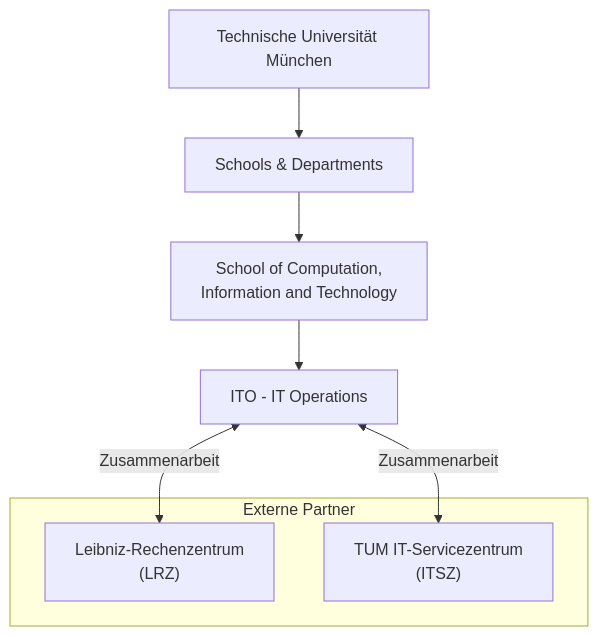
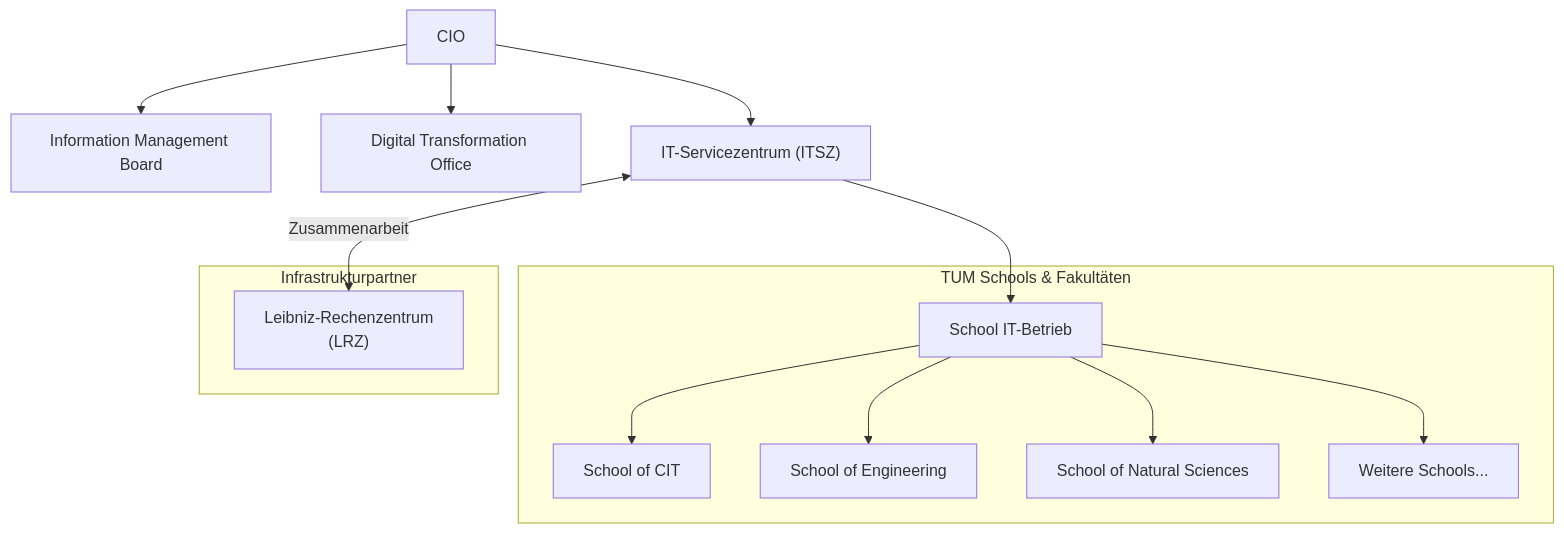
One commit to jtimo/tum-ito-admin-guide changed the first of 2 diagrams in de/chapters/01-organisation.qmd. Above: the diagram before and after it, drawn with Mermaid. The commit also changed other lines of this file and 21 other files, not shown here.

````diff
--- a/de/chapters/01-organisation.qmd
+++ b/de/chapters/01-organisation.qmd
@@ -13,16 +13,23 @@
 ```{mermaid}
-%%| fig-cap: "Organisatorische Einordnung der ITO"
+%%| fig-cap: "TUM IT-Organisationsstruktur"
 flowchart TB
-    TUM["Technische Universität München"]
-    TUM --> Schools["Schools & Departments"]
-    Schools --> CIT["School of Computation,<br/>Information and Technology"]
-    CIT --> ITO["ITO - IT Operations"]
+    CIO["CIO"]
+    CIO --> IMB["Information Management Board"]
+    CIO --> DXO["Digital Transformation Office"]
+    CIO --> ITSZ["IT-Servicezentrum (ITSZ)"]
 
-    subgraph External["Externe Partner"]
-        LRZ["Leibniz-Rechenzentrum<br/>(LRZ)"]
-        ITSZ["TUM IT-Servicezentrum<br/>(ITSZ)"]
+    ITSZ --> Schools["School IT-Betrieb"]
+
+    subgraph TUMSchools["TUM Schools & Fakultäten"]
+        Schools --> CIT["School of CIT"]
+        Schools --> ENG["School of Engineering"]
+        Schools --> NAT["School of Natural Sciences"]
+        Schools --> OTHER["Weitere Schools..."]
     end
 
-    ITO <--> |Zusammenarbeit| LRZ
-    ITO <--> |Zusammenarbeit| ITSZ
+    subgraph External["Infrastrukturpartner"]
+        LRZ["Leibniz-Rechenzentrum<br/>(LRZ)"]
+    end
+
+    ITSZ <--> |Zusammenarbeit| LRZ
 ```
````
